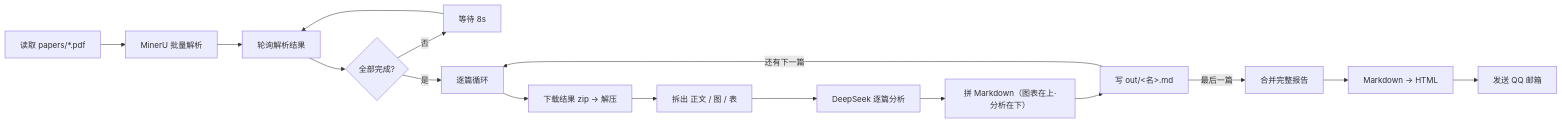
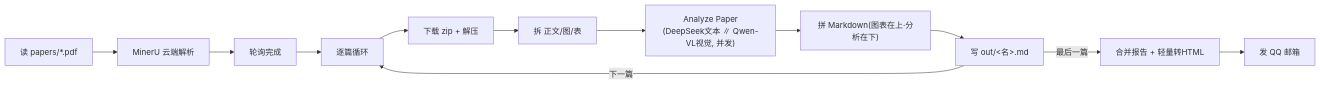
Before and after one commit to JieZzzoo/kexuewenxianlijie: the diagram in README.md, drawn with Mermaid. The commit also changed other lines of this file and 2 other files, not shown here.

First line of the commit message:
docs: README 精简为技术干货 + 图文并茂, 截图归档到 static/

````diff
--- a/README.md
+++ b/README.md
@@ -26,17 +11,10 @@
 ```mermaid
 flowchart LR
-  A["读取 papers/*.pdf"] --> B["MinerU 批量解析"]
-  B --> P["轮询解析结果"]
-  P --> C{"全部完成?"}
-  C -- "否" --> Wt["等待 8s"] --> P
-  C -- "是" --> D["逐篇循环"]
-  D --> E["下载结果 zip → 解压"]
-  E --> F["拆出 正文 / 图 / 表"]
-  F --> G["DeepSeek 逐篇分析"]
-  G --> H["拼 Markdown（图表在上·分析在下）"]
-  H --> I["写 out/&lt;名&gt;.md"]
-  I -- "还有下一篇" --> D
-  I -- "最后一篇" --> J["合并完整报告"]
-  J --> K["Markdown → HTML"]
-  K --> L["发送 QQ 邮箱"]
+  A["读 papers/*.pdf"] --> B["MinerU 云端解析"] --> P["轮询完成"]
+  P --> D["逐篇循环"]
+  D --> E["下载 zip + 解压"] --> F["拆 正文/图/表"]
+  F --> G["Analyze Paper<br/>(DeepSeek文本 ∥ Qwen-VL视觉, 并发)"]
+  G --> H["拼 Markdown(图表在上·分析在下)"] --> I["写 out/&lt;名&gt;.md"]
+  I -- "下一篇" --> D
+  I -- "最后一篇" --> J["合并报告 + 轻量转HTML"] --> K["发 QQ 邮箱"]
 ```
````
